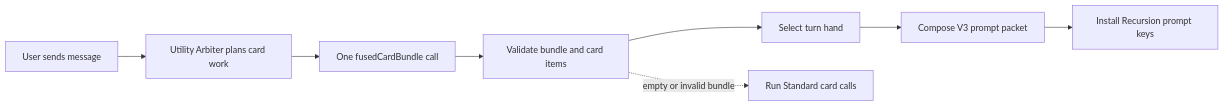
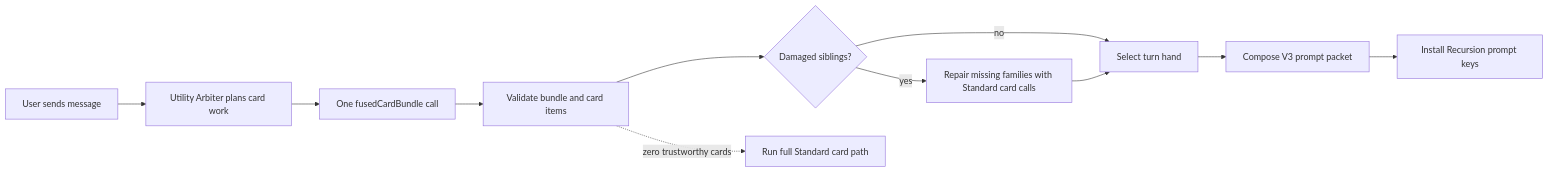
Before and after one commit to MentallyQuill/Recursion: the third of 3 diagrams in README.md, drawn with Mermaid. The commit also changed other lines of this file and 14 other files, not shown here.

````diff
--- a/README.md
+++ b/README.md
@@ -86,10 +86,13 @@
 ```mermaid
 flowchart LR
     Send["User sends message"] --> Arbiter["Utility Arbiter plans card work"]
     Arbiter --> Bundle["One fusedCardBundle call"]
     Bundle --> Validate["Validate bundle and card items"]
-    Validate --> Hand["Select turn hand"]
+    Validate --> Repair{"Damaged siblings?"}
+    Repair -- "no" --> Hand["Select turn hand"]
+    Repair -- "yes" --> Targeted["Repair missing families with Standard card calls"]
+    Targeted --> Hand
     Hand --> Compose["Compose V3 prompt packet"]
     Compose --> Install["Install Recursion prompt keys"]
-    Validate -. "empty or invalid bundle" .-> Standard["Run Standard card calls"]
+    Validate -. "zero trustworthy cards" .-> Standard["Run full Standard card path"]
 ```
````
